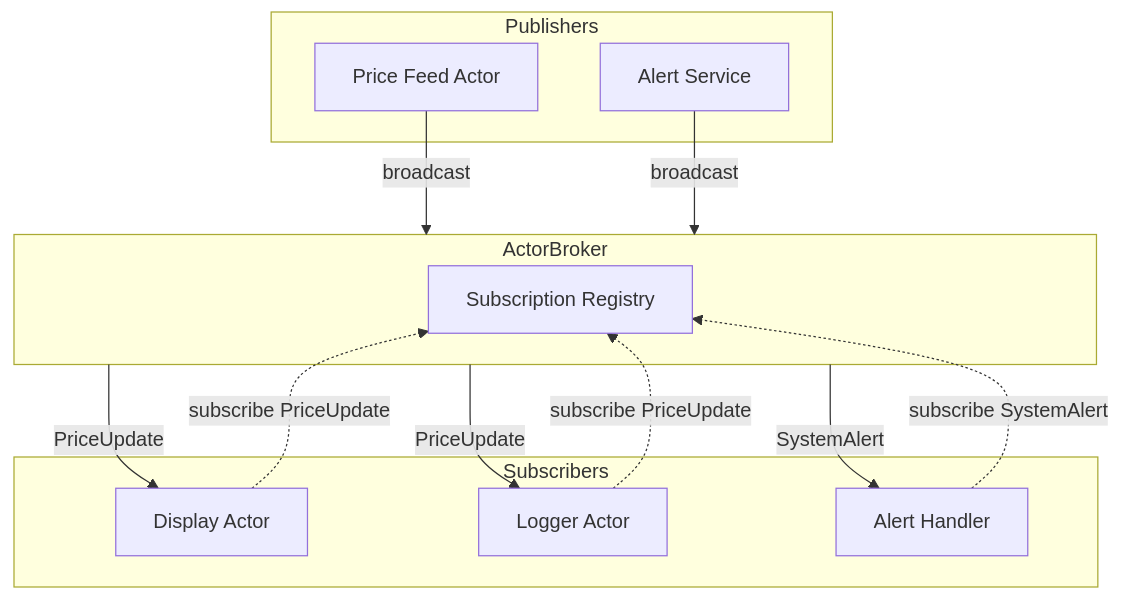
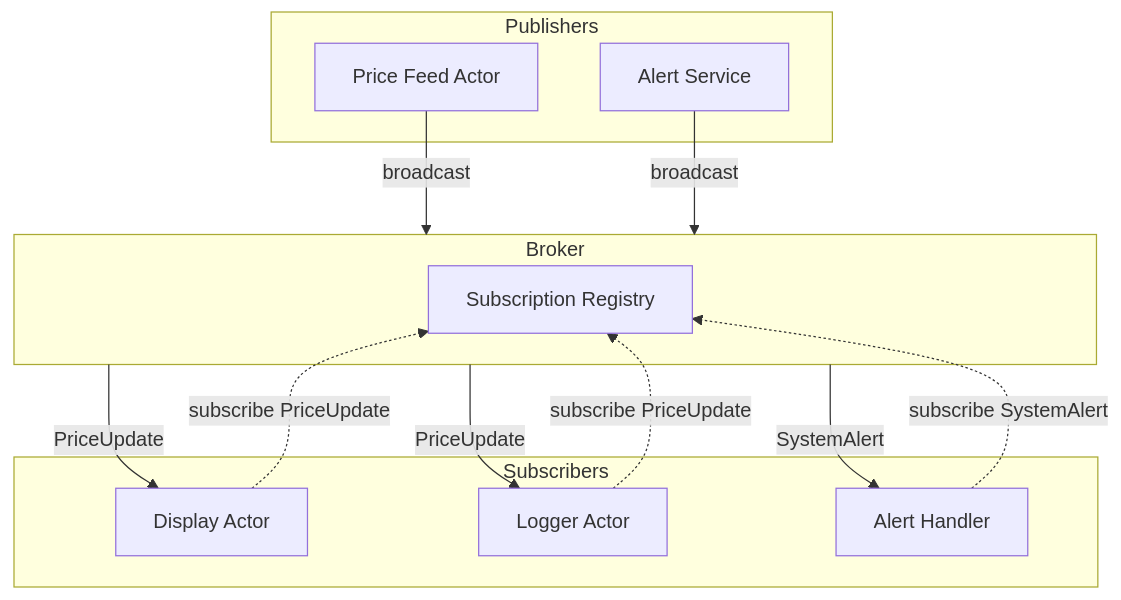
Before and after one commit to Govcraft/acton-reactive: the first of 2 diagrams in acton-docs-site/src/app/docs/pub-sub/page.md, drawn with Mermaid. The commit also changed other lines of this file and 28 other files, not shown here.

````diff
--- a/acton-docs-site/src/app/docs/pub-sub/page.md
+++ b/acton-docs-site/src/app/docs/pub-sub/page.md
@@ -126,28 +126,28 @@
 ```mermaid
 graph TB
     subgraph Publishers
         Pub1["Price Feed Actor"]
         Pub2["Alert Service"]
     end
 
-    subgraph Broker["ActorBroker"]
+    subgraph Broker["Broker"]
         Registry["Subscription Registry"]
     end
 
     subgraph Subscribers
         Sub1["Display Actor"]
         Sub2["Logger Actor"]
         Sub3["Alert Handler"]
     end
 
     Pub1 -->|broadcast| Broker
     Pub2 -->|broadcast| Broker
 
     Broker -->|PriceUpdate| Sub1
     Broker -->|PriceUpdate| Sub2
     Broker -->|SystemAlert| Sub3
 
     Sub1 -.->|subscribe PriceUpdate| Registry
     Sub2 -.->|subscribe PriceUpdate| Registry
     Sub3 -.->|subscribe SystemAlert| Registry
 ```
````
